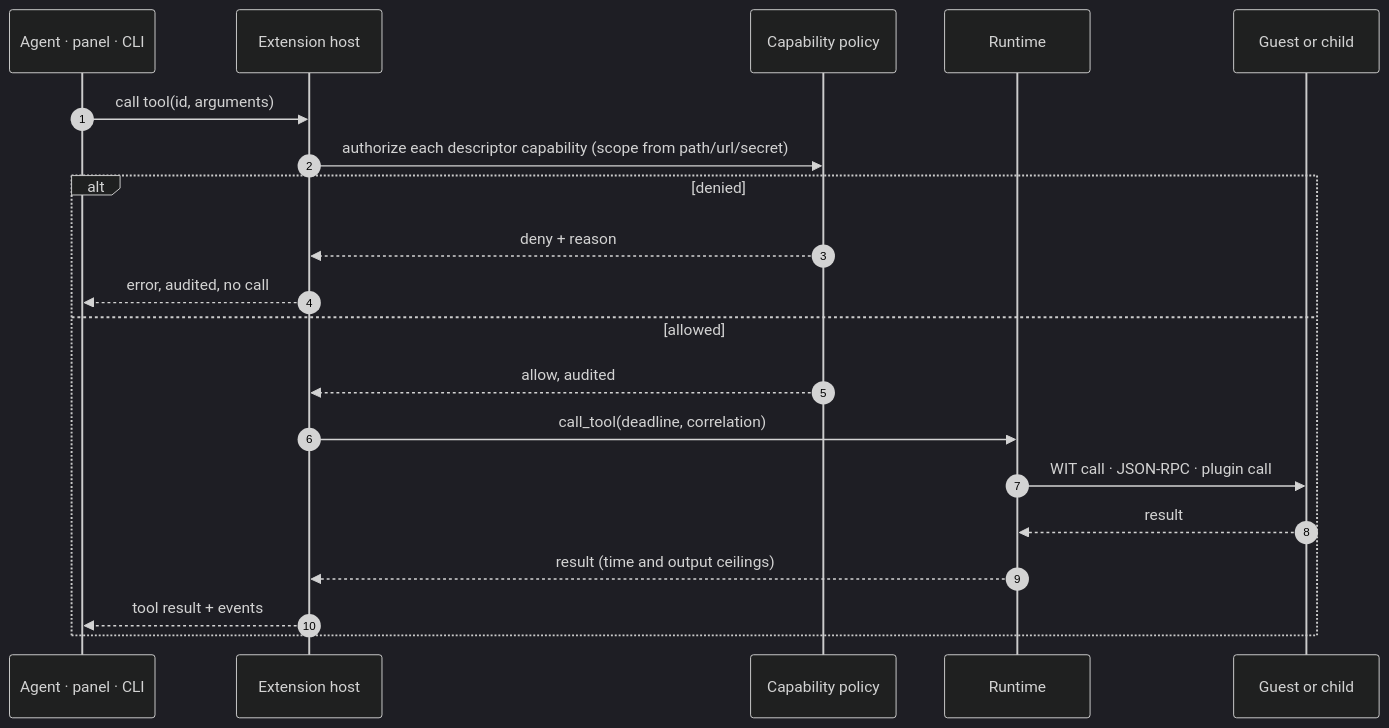
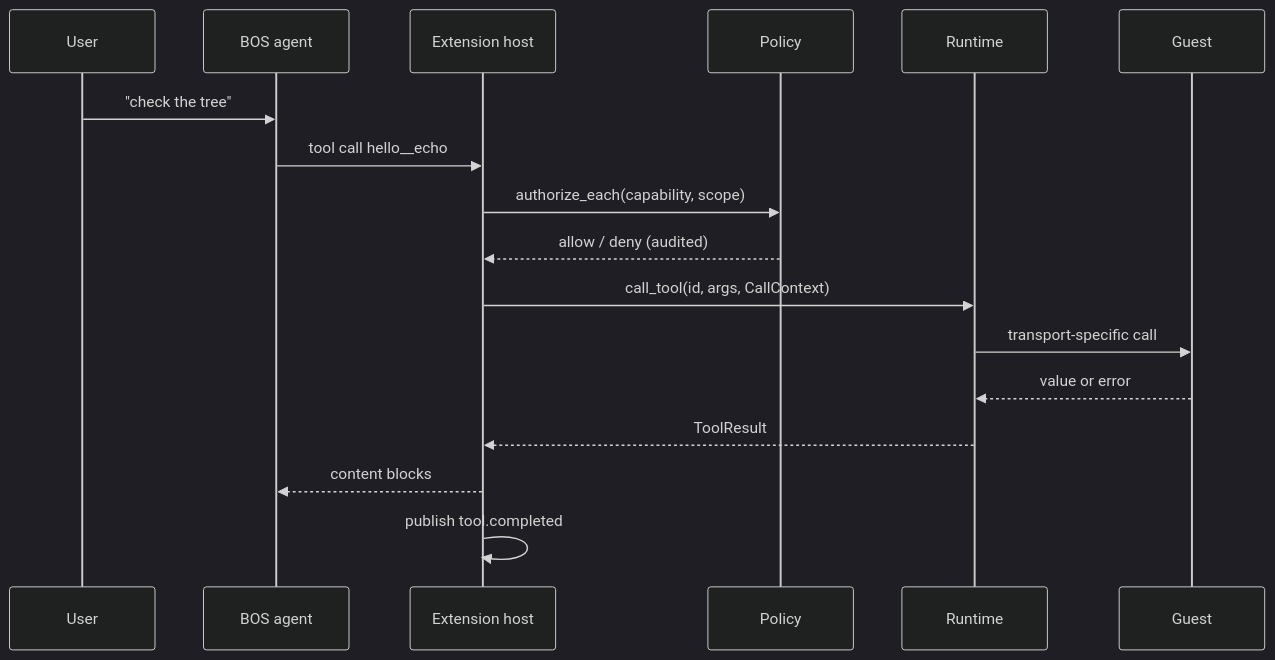
The second of 4 diagrams in docs/BOS-BSH-Textbook.md (open1s/bos), drawn with Mermaid (dark theme) before and after one commit. The commit also changed other lines of this file and 5 other files, not shown here.

````diff
--- a/docs/BOS-BSH-Textbook.md
+++ b/docs/BOS-BSH-Textbook.md
@@ -222,23 +309,19 @@
 ```mermaid
 sequenceDiagram
-    autonumber
-    participant C as Agent · panel · CLI
-    participant H as Extension host
-    participant P as Capability policy
-    participant R as Runtime
-    participant G as Guest or child
-
-    C->>H: call tool(id, arguments)
-    H->>P: authorize each descriptor capability (scope from path/url/secret)
-    alt denied
-        P-->>H: deny + reason
-        H-->>C: error, audited, no call
-    else allowed
-        P-->>H: allow, audited
-        H->>R: call_tool(deadline, correlation)
-        R->>G: WIT call · JSON-RPC · plugin call
-        G-->>R: result
-        R-->>H: result (time and output ceilings)
-        H-->>C: tool result + events
-    end
+  participant U as User
+  participant A as BOS agent
+  participant H as Extension host
+  participant P as Policy
+  participant R as Runtime
+  participant G as Guest
+  U->>A: "check the tree"
+  A->>H: tool call hello__echo
+  H->>P: authorize_each(capability, scope)
+  P-->>H: allow / deny (audited)
+  H->>R: call_tool(id, args, CallContext)
+  R->>G: transport-specific call
+  G-->>R: value or error
+  R-->>H: ToolResult
+  H-->>A: content blocks
+  H->>H: publish tool.completed
 ```
````
